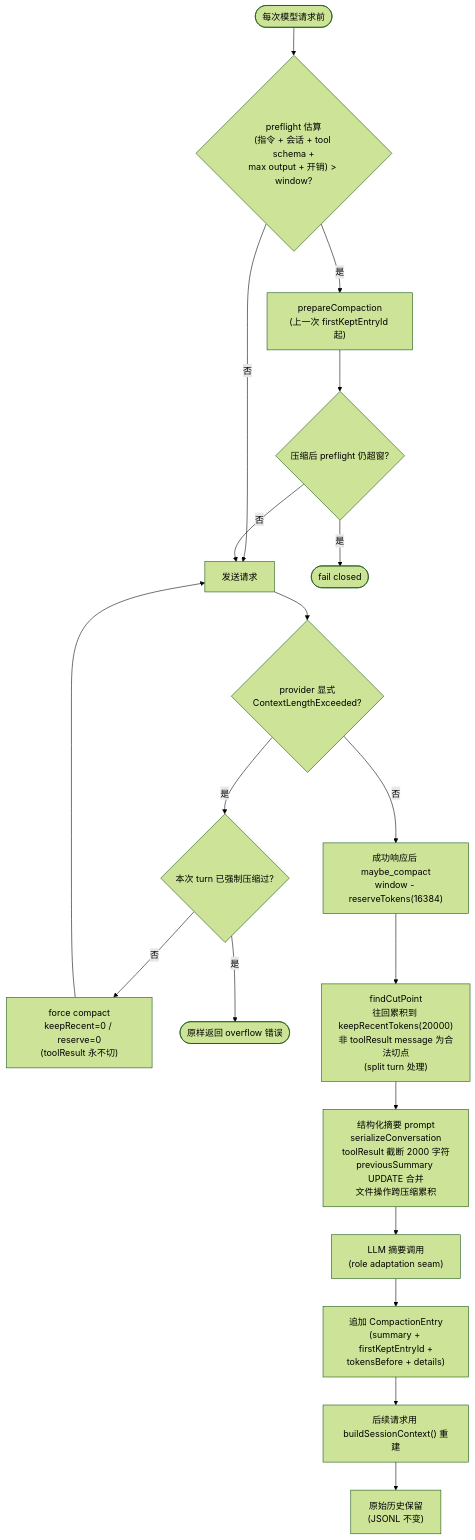
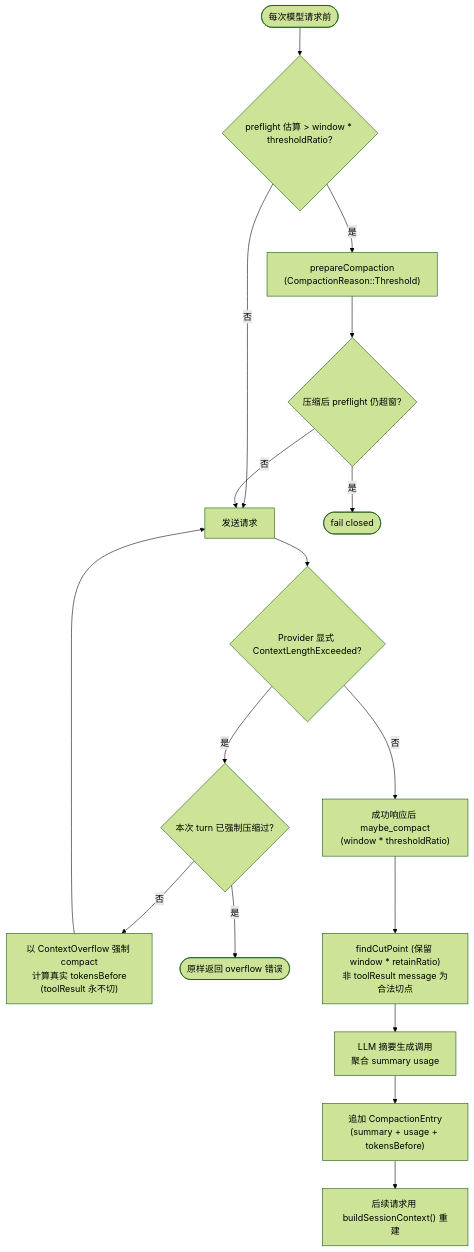
The sixth of 7 diagrams in docs/singularity.md (qjcnmd/singularity-agent), drawn with Mermaid (forest theme) before and after one commit. The commit also changed other lines of this file, not shown here.

Commit message:
docs: synchronize single architecture truth document

````diff
--- a/docs/singularity.md
+++ b/docs/singularity.md
@@ -195,21 +218,19 @@
 ```mermaid
 flowchart TD
-    A(["每次模型请求前"]) --> B{"preflight 估算<br/>(指令 + 会话 + tool schema +<br/>max output + 开销) > window?"}
+    A(["每次模型请求前"]) --> B{"preflight 估算 > window * thresholdRatio?"}
     B -- 否 --> P["发送请求"]
-    B -- 是 --> C["prepareCompaction<br/>(上一次 firstKeptEntryId 起)"]
+    B -- 是 --> C["prepareCompaction<br/>(CompactionReason::Threshold)"]
     C --> C2{"压缩后 preflight 仍超窗?"}
     C2 -- 是 --> FAIL(["fail closed"])
     C2 -- 否 --> P
-    P --> Q{"provider 显式<br/>ContextLengthExceeded?"}
+    P --> Q{"Provider 显式 ContextLengthExceeded?"}
     Q -- 是 --> O1{"本次 turn 已强制压缩过?"}
-    O1 -- 否 --> O2["force compact<br/>keepRecent=0 / reserve=0<br/>(toolResult 永不切)"]
+    O1 -- 否 --> O2["以 ContextOverflow 强制 compact<br/>计算真实 tokensBefore<br/>(toolResult 永不切)"]
     O2 --> P
     O1 -- 是 --> FAIL2(["原样返回 overflow 错误"])
-    Q -- 否 --> R["成功响应后 maybe_compact<br/>window - reserveTokens(16384)"]
-    R --> D["findCutPoint<br/>往回累积到 keepRecentTokens(20000)<br/>非 toolResult message 为合法切点<br/>(split turn 处理)"]
-    D --> E["结构化摘要 prompt<br/>serializeConversation<br/>toolResult 截断 2000 字符<br/>previousSummary UPDATE 合并<br/>文件操作跨压缩累积"]
-    E --> F["LLM 摘要调用<br/>(role adaptation seam)"]
-    F --> G["追加 CompactionEntry<br/>(summary + firstKeptEntryId +<br/>tokensBefore + details)"]
-    G --> H["后续请求用 buildSessionContext() 重建"]
-    H --> I["原始历史保留<br/>(JSONL 不变)"]
+    Q -- 否 --> R["成功响应后 maybe_compact<br/>(window * thresholdRatio)"]
+    R --> D["findCutPoint (保留 window * retainRatio)<br/>非 toolResult message 为合法切点"]
+    D --> E["LLM 摘要生成调用<br/>聚合 summary usage"]
+    E --> F["追加 CompactionEntry<br/>(summary + usage + tokensBefore)"]
+    F --> G["后续请求用 buildSessionContext() 重建"]
 ```
````
